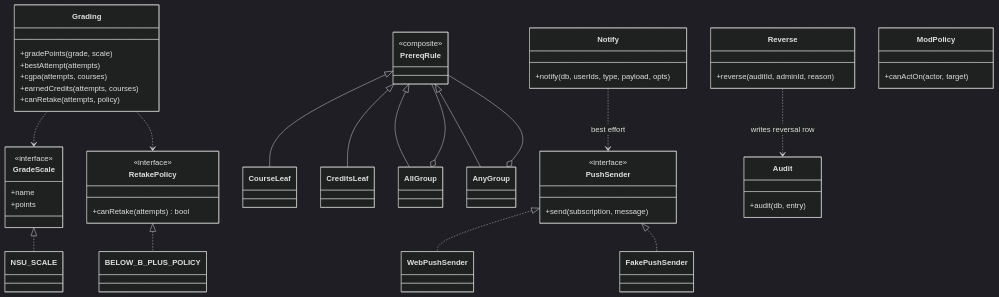
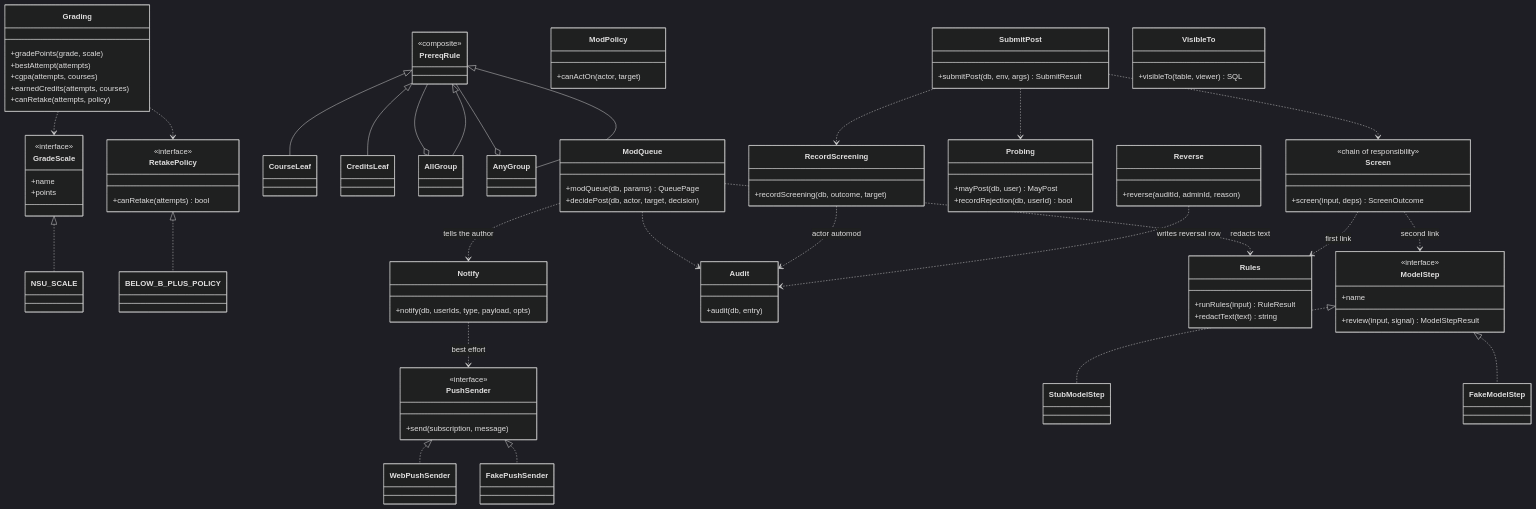
Before and after one commit to shithil17/UniLink: the second of 2 diagrams in docs/class-diagram.md, drawn with Mermaid (dark theme). The commit also changed other lines of this file and 10 other files, not shown here.

Commit message:
docs: add screening flow, reject reasons, screen specs and queue test cases

````diff
--- a/docs/class-diagram.md
+++ b/docs/class-diagram.md
@@ -182,4 +198,47 @@
   PushSender <|.. FakePushSender
   Notify ..> PushSender : best effort
   Reverse ..> Audit : writes reversal row
+  class Screen {
+    <<chain of responsibility>>
+    +screen(input, deps) ScreenOutcome
+  }
+  class Rules {
+    +runRules(input) RuleResult
+    +redactText(text) string
+  }
+  class ModelStep {
+    <<interface>>
+    +name
+    +review(input, signal) ModelStepResult
+  }
+  class StubModelStep
+  class FakeModelStep
+  class SubmitPost {
+    +submitPost(db, env, args) SubmitResult
+  }
+  class Probing {
+    +mayPost(db, user) MayPost
+    +recordRejection(db, userId) bool
+  }
+  class RecordScreening {
+    +recordScreening(db, outcome, target)
+  }
+  class ModQueue {
+    +modQueue(db, params) QueuePage
+    +decidePost(db, actor, target, decision)
+  }
+  class VisibleTo {
+    +visibleTo(table, viewer) SQL
+  }
+  ModelStep <|.. StubModelStep
+  ModelStep <|.. FakeModelStep
+  Screen ..> Rules : first link
+  Screen ..> ModelStep : second link
+  SubmitPost ..> Probing
+  SubmitPost ..> Screen
+  SubmitPost ..> RecordScreening
+  RecordScreening ..> Audit : actor automod
+  ModQueue ..> Rules : redacts text
+  ModQueue ..> Audit
+  ModQueue ..> Notify : tells the author
 ```
````
